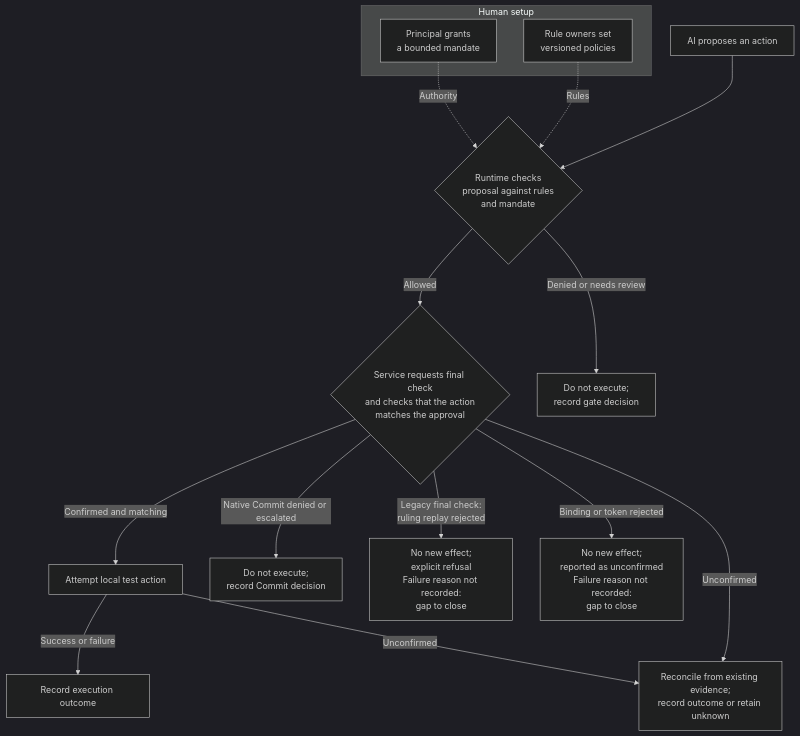
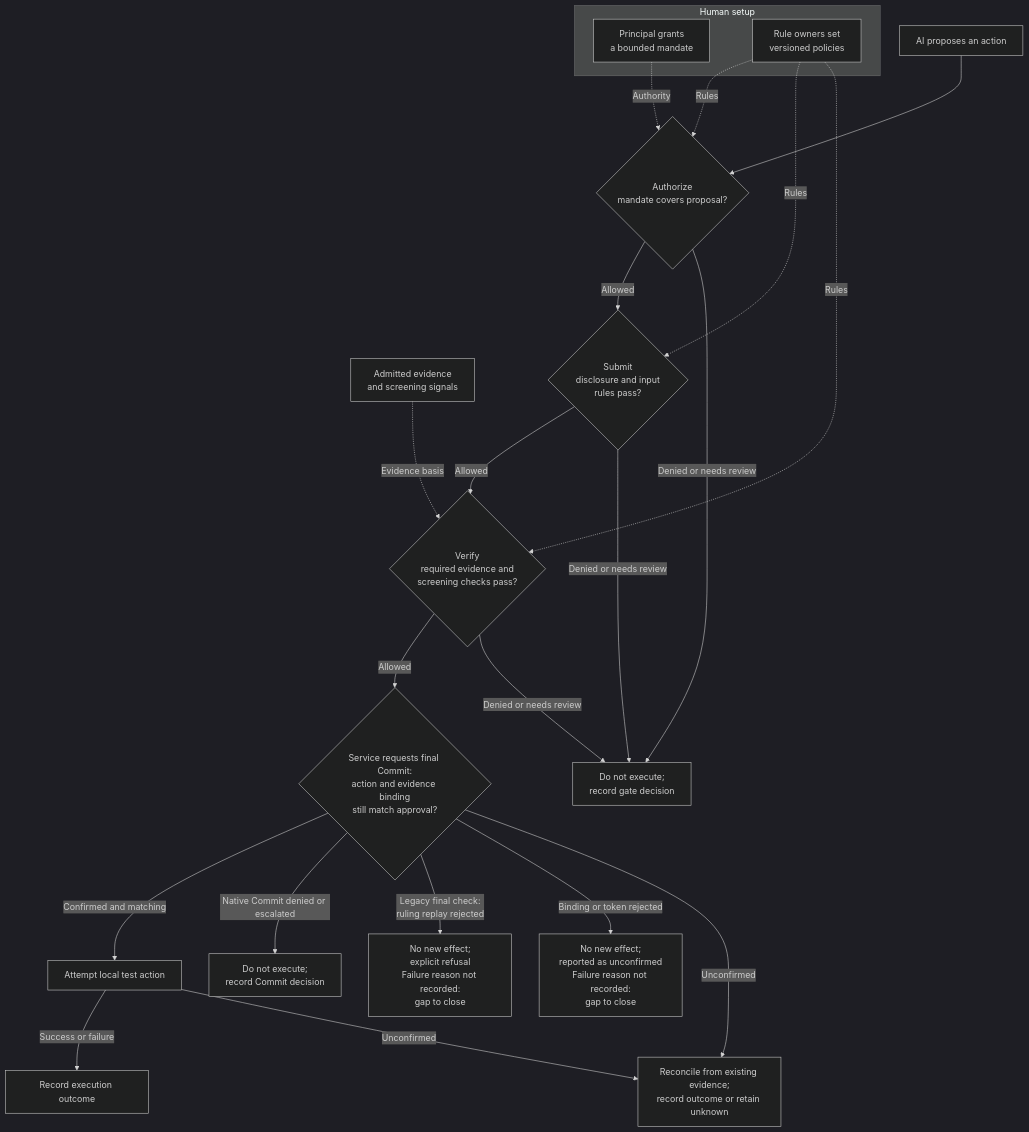
Before and after one commit to robertschaub/our-ai-charter: the first of 2 diagrams in docs/Assurance/Concepts/evidence-gated-agents.md, drawn with Mermaid (dark theme). The commit also changed other lines of this file, not shown here.

Commit message:
docs(ega): show evidence checks in runtime foundation

````diff
--- a/docs/Assurance/Concepts/evidence-gated-agents.md
+++ b/docs/Assurance/Concepts/evidence-gated-agents.md
@@ -56,19 +56,27 @@
 ```mermaid
 flowchart TD
     subgraph I["Human setup"]
         M["Principal grants<br/>a bounded mandate"]
         P["Rule owners set<br/>versioned policies"]
     end
-    M -. Authority .-> G
-    P -. Rules .-> G
-    A["AI proposes an action"] --> G{"Runtime checks<br/>proposal against rules<br/>and mandate"}
-    G -->|Allowed| S{"Service requests final check<br/>and checks that the action<br/>matches the approval"}
+    E["Admitted evidence<br/>and screening signals"]
+    M -. Authority .-> AU
+    P -. Rules .-> AU
+    P -. Rules .-> SU
+    P -. Rules .-> V
+    E -. Evidence basis .-> V
+    A["AI proposes an action"] --> AU{"Authorize<br/>mandate covers proposal?"}
+    AU -->|Allowed| SU{"Submit<br/>disclosure and input<br/>rules pass?"}
+    SU -->|Allowed| V{"Verify<br/>required evidence and<br/>screening checks pass?"}
+    V -->|Allowed| S{"Service requests final Commit:<br/>action and evidence binding<br/>still match approval?"}
     S -->|Confirmed and matching| O["Attempt local test action"]
-    G -->|Denied or needs review| N["Do not execute;<br/>record gate decision"]
+    AU -->|Denied or needs review| N["Do not execute;<br/>record gate decision"]
+    SU -->|Denied or needs review| N
+    V -->|Denied or needs review| N
     S -->|Native Commit denied or escalated| C["Do not execute;<br/>record Commit decision"]
     S -->|Legacy final check:<br/>ruling replay rejected| RP["No new effect;<br/>explicit refusal<br/>Failure reason not recorded:<br/>gap to close"]
     S -->|Binding or token rejected| X["No new effect;<br/>reported as unconfirmed<br/>Failure reason not recorded:<br/>gap to close"]
     O -->|Success or failure| R["Record execution outcome"]
     O -->|Unconfirmed| U["Reconcile from existing evidence;<br/>record outcome or retain unknown"]
     S -->|Unconfirmed| U
 ```
````
